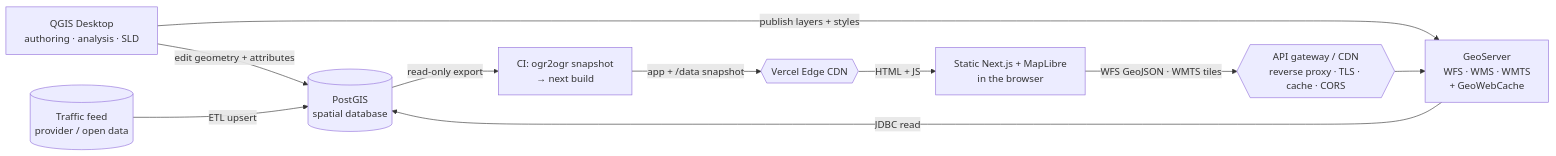
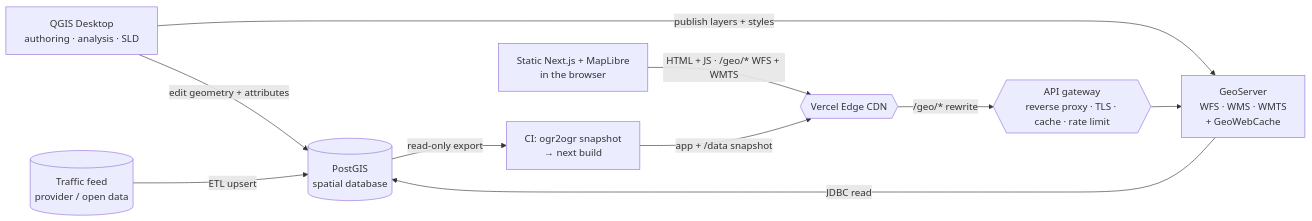
Before and after one commit to mahardisetyoso/jkt-webgis-catalyze: the fifth of 11 diagrams in docs/architecture.md, drawn with Mermaid. The commit also changed other lines of this file and 5 other files, not shown here.

First line of the commit message:
docs: route live data through a Vercel /geo/* rewrite

````diff
--- a/docs/architecture.md
+++ b/docs/architecture.md
@@ -194,21 +194,21 @@
 ```mermaid
 flowchart LR
     analyst[QGIS Desktop<br/>authoring · analysis · SLD]
     pg[(PostGIS<br/>spatial database)]
     gs[GeoServer<br/>WFS · WMS · WMTS<br/>+ GeoWebCache]
-    gw{{API gateway / CDN<br/>reverse proxy · TLS · cache · CORS}}
+    gw{{API gateway<br/>reverse proxy · TLS · cache · rate limit}}
     app[Static Next.js + MapLibre<br/>in the browser]
     feed[(Traffic feed<br/>provider / open data)]
     ci[CI: ogr2ogr snapshot<br/>→ next build]
     cdn{{Vercel Edge CDN}}
 
     analyst -->|edit geometry + attributes| pg
     analyst -->|publish layers + styles| gs
     gs -->|JDBC read| pg
     feed -->|ETL upsert| pg
-    app -->|WFS GeoJSON · WMTS tiles| gw
+    app -->|HTML + JS · /geo/* WFS + WMTS| cdn
+    cdn -->|/geo/* rewrite| gw
     gw --> gs
     pg -->|read-only export| ci
     ci -->|app + /data snapshot| cdn
-    cdn -->|HTML + JS| app
 ```
````
